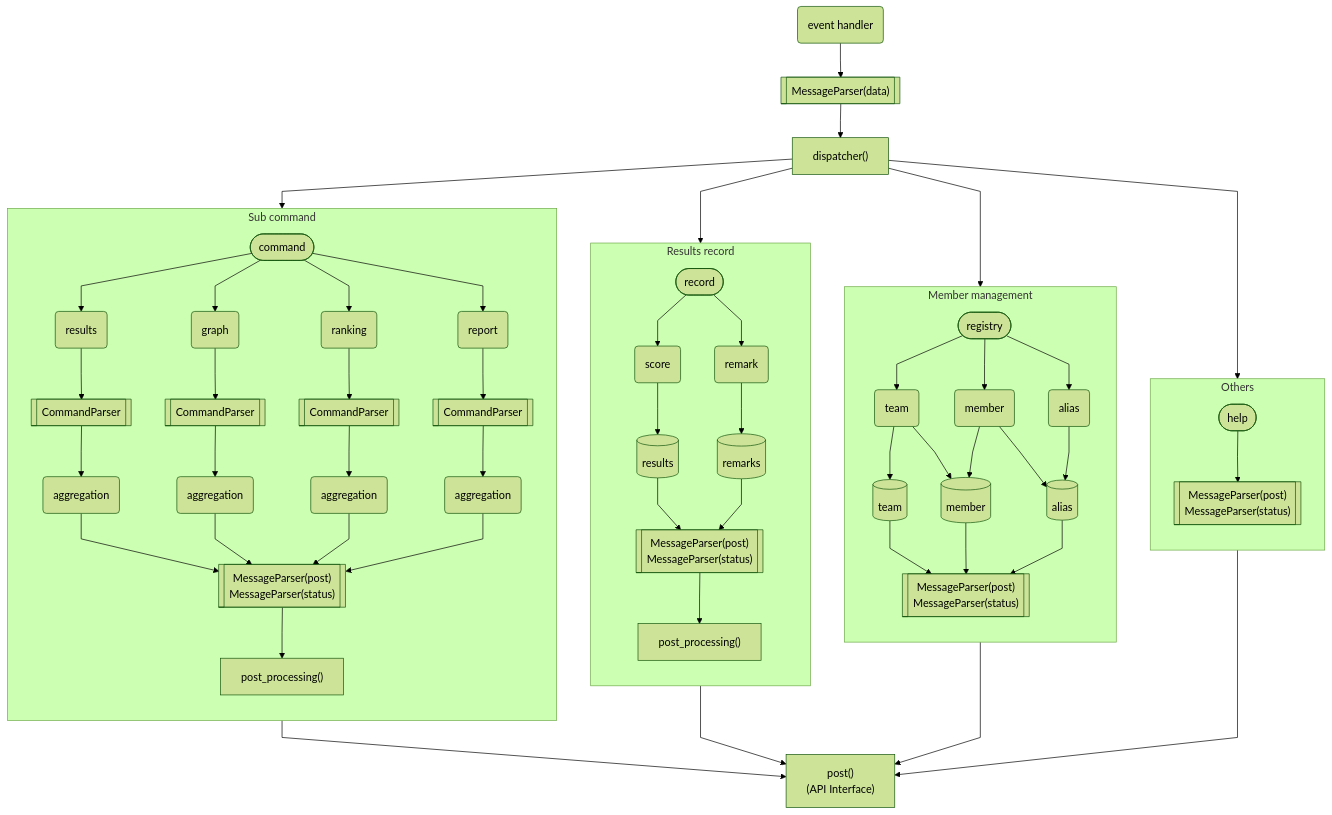
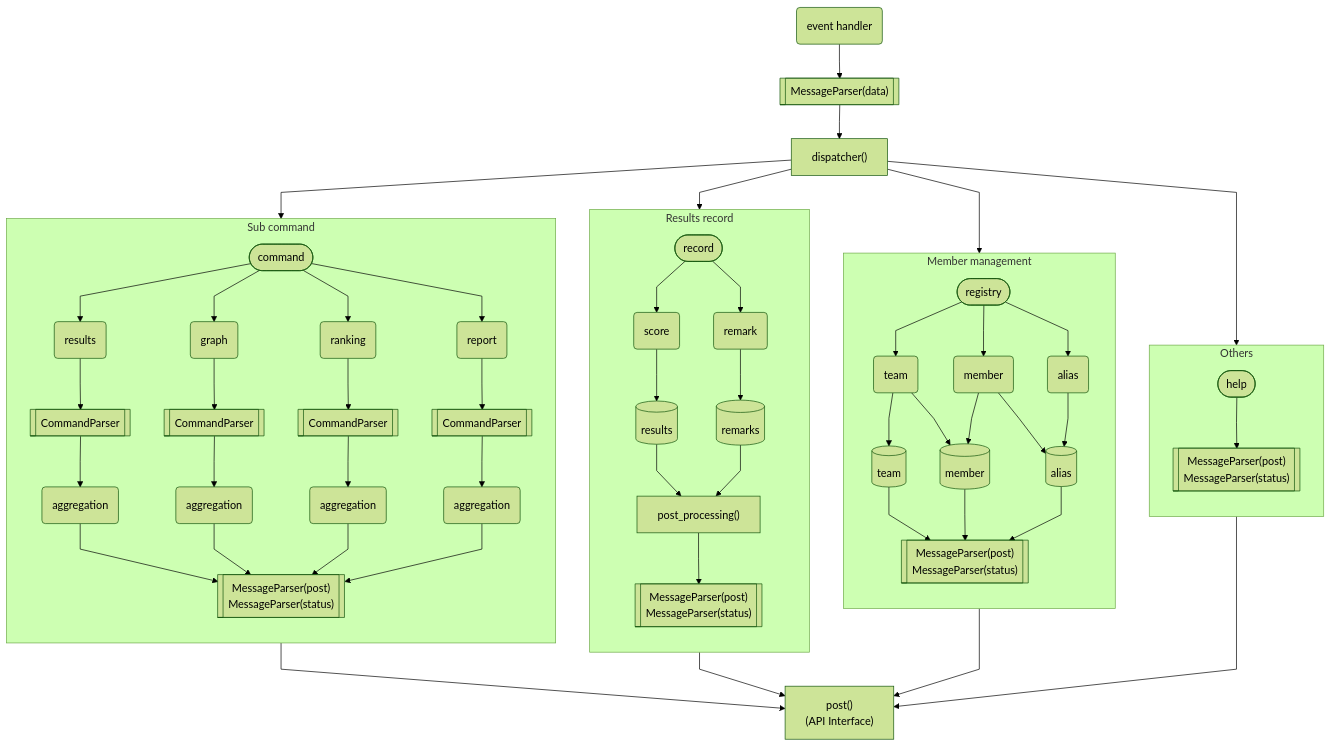
One commit to togakushi/slack-mahjong-score-management changed the first of 2 diagrams in docs/development/architecture.md. Above: the diagram before and after it, drawn with Mermaid (forest theme). The commit also changed 4 other files, not shown here.

````diff
--- a/docs/development/architecture.md
+++ b/docs/development/architecture.md
@@ -2,46 +2,46 @@
 ```mermaid
 ---
 config:
   flowchart:
     curve: linear
 ---
 flowchart TB
     event(event handler);
     m1[["MessageParser(data)"]];
 
     event --> m1 --> d["dispatcher()"] --> f1 & f2 & f3 & f4;
 
     subgraph f1[Sub command]
         direction TB
         c([command]) --> sc1 & sc2 & sc3 & sc4;
         sc1(results) --> cp1[[CommandParser]] --> p1(aggregation);
         sc2(graph) --> cp2[[CommandParser]] --> p2(aggregation);
         sc3(ranking) --> cp3[[CommandParser]] --> p3(aggregation);
         sc4(report) --> cp4[[CommandParser]] --> p4(aggregation);
-        p1 & p2 & p3 & p4 --> mp1[["MessageParser(post)<br>MessageParser(status)"]] --> pp1["post_processing()"];
+        p1 & p2 & p3 & p4 --> mp1[["MessageParser(post)<br>MessageParser(status)"]];
     end
 
     subgraph f2[Results record]
         direction TB
         r2([record]);
         r2 --> a1(score) --> results[(results)];
         r2 --> a2(remark) --> remarks[(remarks)];
-        results & remarks --> mp2[["MessageParser(post)<br>MessageParser(status)"]] --> pp2["post_processing()"];
+        results & remarks --> pp2["post_processing()"] --> mp2[["MessageParser(post)<br>MessageParser(status)"]];
     end
 
     subgraph f3[Member management]
         direction TB
         r1([registry]);
         r1 --> a4(team) --> db2[(team)] & db1;
         r1 --> a3(member) --> db1[(member)] & db3[(alias)];
         r1 --> a5(alias) --> db3;
         db1 & db2 & db3  --> mp3[["MessageParser(post)<br>MessageParser(status)"]];
     end
 
     subgraph f4[Others]
         direction TB
         h([help]) --> mp4[["MessageParser(post)<br>MessageParser(status)"]];
     end
 
     f1 & f2 & f3 & f4 --> post["post()<br>(API Interface)"];
 ```
````
